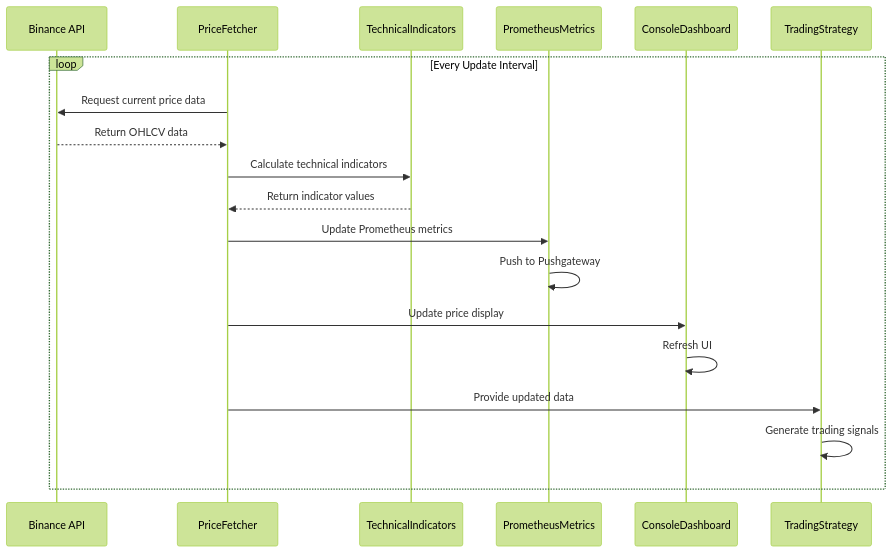
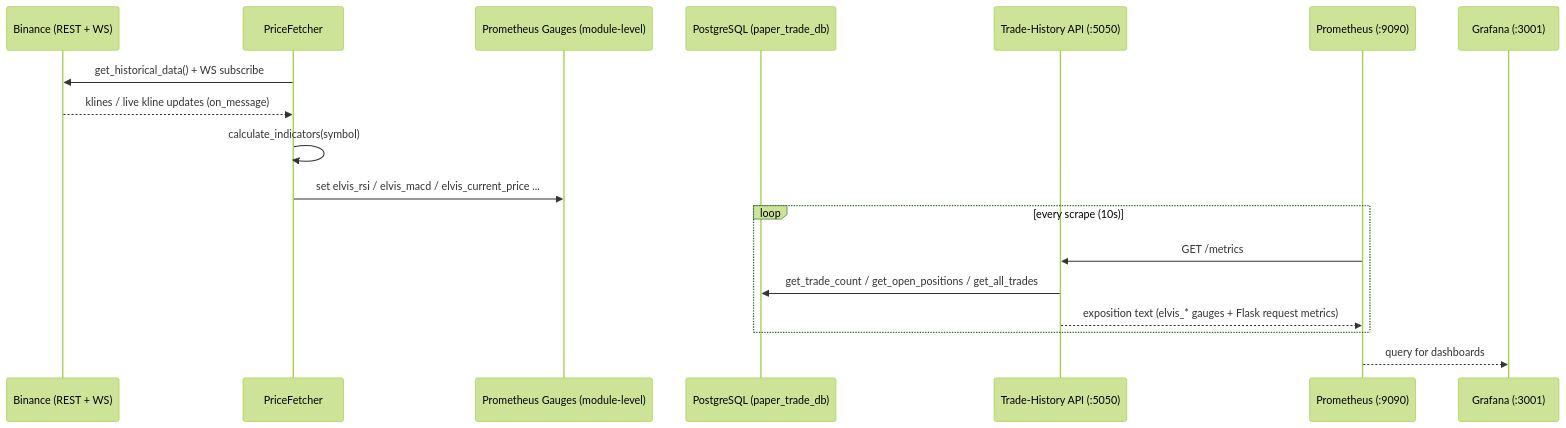
The seventh of 7 diagrams in docs/utilities_monitoring.md (cluster2600/ELVIS), drawn with Mermaid (forest theme) before and after one commit. The commit also changed other lines of this file and 60 other files, not shown here.

````diff
--- a/docs/utilities_monitoring.md
+++ b/docs/utilities_monitoring.md
@@ -414,26 +448,23 @@
 ```mermaid
 sequenceDiagram
-    participant API as Binance API
+    participant API as Binance (REST + WS)
     participant Fetcher as PriceFetcher
-    participant Indicators as TechnicalIndicators
-    participant Metrics as PrometheusMetrics
-    participant Dashboard as ConsoleDashboard
-    participant Strategy as TradingStrategy
-    
-    loop Every Update Interval
-        Fetcher->>API: Request current price data
-        API-->>Fetcher: Return OHLCV data
-        
-        Fetcher->>Indicators: Calculate technical indicators
-        Indicators-->>Fetcher: Return indicator values
-        
-        Fetcher->>Metrics: Update Prometheus metrics
-        Metrics->>Metrics: Push to Pushgateway
-        
-        Fetcher->>Dashboard: Update price display
-        Dashboard->>Dashboard: Refresh UI
-        
-        Fetcher->>Strategy: Provide updated data
-        Strategy->>Strategy: Generate trading signals
+    participant Gauges as Prometheus Gauges (module-level)
+    participant DB as PostgreSQL (paper_trade_db)
+    participant Flask as Trade-History API (:5050)
+    participant Prom as Prometheus (:9090)
+    participant Graf as Grafana (:3001)
+
+    Fetcher->>API: get_historical_data() + WS subscribe
+    API-->>Fetcher: klines / live kline updates (on_message)
+    Fetcher->>Fetcher: calculate_indicators(symbol)
+    Fetcher->>Gauges: set elvis_rsi / elvis_macd / elvis_current_price ...
+
+    loop every scrape (10s)
+        Prom->>Flask: GET /metrics
+        Flask->>DB: get_trade_count / get_open_positions / get_all_trades
+        Flask-->>Prom: exposition text (elvis_* gauges + Flask request metrics)
     end
+
+    Prom-->>Graf: query for dashboards
 ```
````
